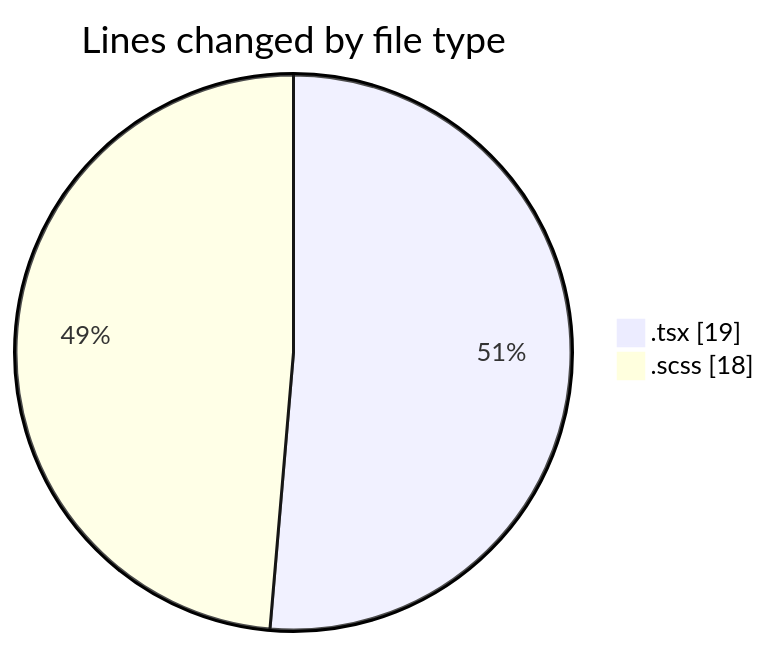
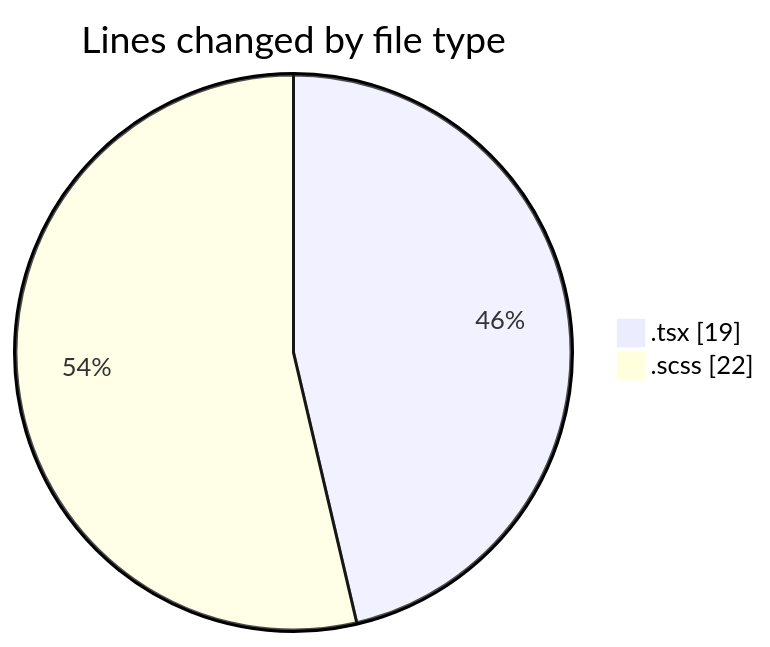
Before and after one commit to momahboobian/code-tracking: the first of 2 diagrams in 2026-07-21/cda/README.md, drawn with Mermaid. The commit also changed other lines of this file and 1 other file, not shown here.

````diff
--- a/2026-07-21/cda/README.md
+++ b/2026-07-21/cda/README.md
@@ -23,6 +23,6 @@
 ```mermaid
 pie showData
 title Lines changed by file type
 ".tsx" : 19
-".scss" : 18
+".scss" : 22
 ```
````
